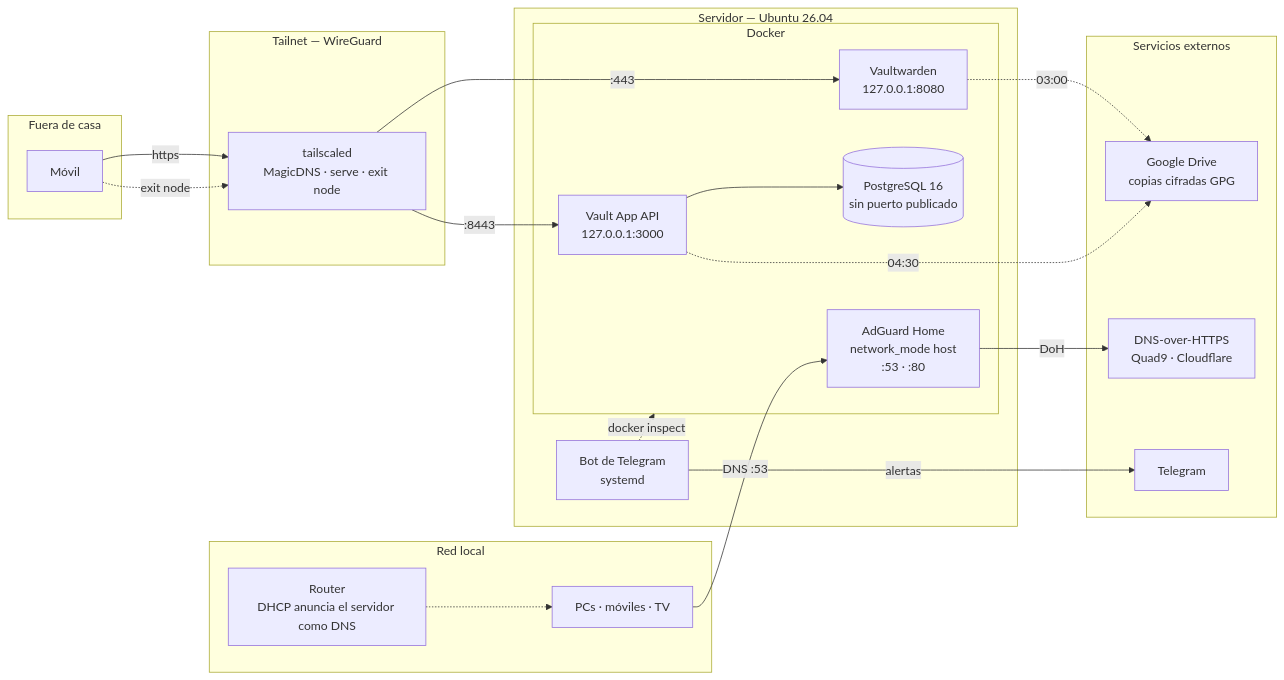
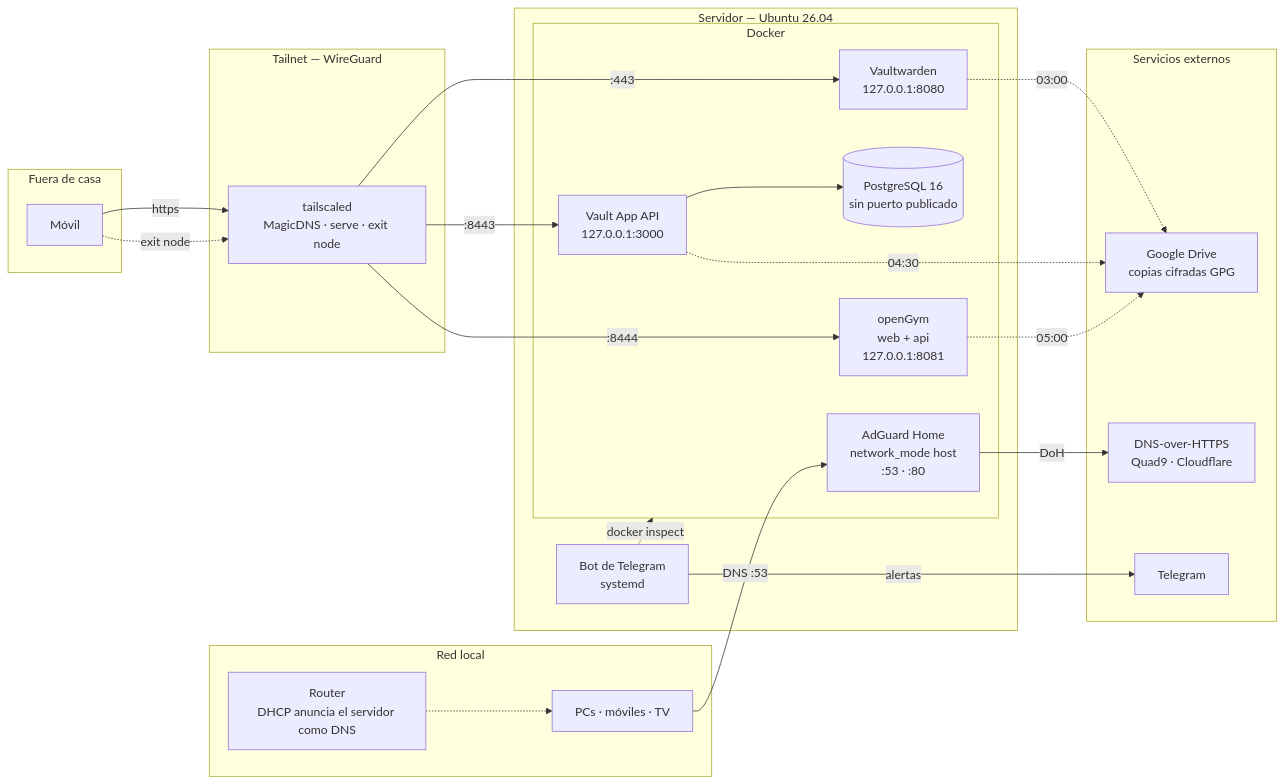
The diagram in README.md (SaguadoDev/homelab), drawn with Mermaid before and after one commit. The commit also changed other lines of this file and 13 other files, not shown here.

First line of the commit message:
Añadir openGym: registro de entrenamientos en el tailnet

````diff
--- a/README.md
+++ b/README.md
@@ -36,44 +37,47 @@
 ```mermaid
 flowchart LR
     subgraph fuera ["Fuera de casa"]
         movil["Móvil"]
     end
 
     subgraph lan ["Red local"]
         router["Router<br/>DHCP anuncia el servidor como DNS"]
         disp["PCs · móviles · TV"]
     end
 
     subgraph tailnet ["Tailnet — WireGuard"]
         tsd["tailscaled<br/>MagicDNS · serve · exit node"]
     end
 
     subgraph host ["Servidor — Ubuntu 26.04"]
         bot["Bot de Telegram<br/>systemd"]
         subgraph docker ["Docker"]
             adg["AdGuard Home<br/>network_mode host<br/>:53 · :80"]
             vw["Vaultwarden<br/>127.0.0.1:8080"]
             api["Vault App API<br/>127.0.0.1:3000"]
             pg[("PostgreSQL 16<br/>sin puerto publicado")]
+            og["openGym<br/>web + api<br/>127.0.0.1:8081"]
         end
     end
 
     subgraph ext ["Servicios externos"]
         doh["DNS-over-HTTPS<br/>Quad9 · Cloudflare"]
         drive["Google Drive<br/>copias cifradas GPG"]
         tg["Telegram"]
     end
 
     movil -->|"https"| tsd
     movil -.->|"exit node"| tsd
     router -.-> disp
     disp -->|"DNS :53"| adg
     tsd -->|":443"| vw
     tsd -->|":8443"| api
+    tsd -->|":8444"| og
     api --> pg
     adg -->|"DoH"| doh
     bot -.->|"docker inspect"| docker
     bot -->|"alertas"| tg
     vw -.->|"03:00"| drive
     api -.->|"04:30"| drive
+    og -.->|"05:00"| drive
 ```
````
